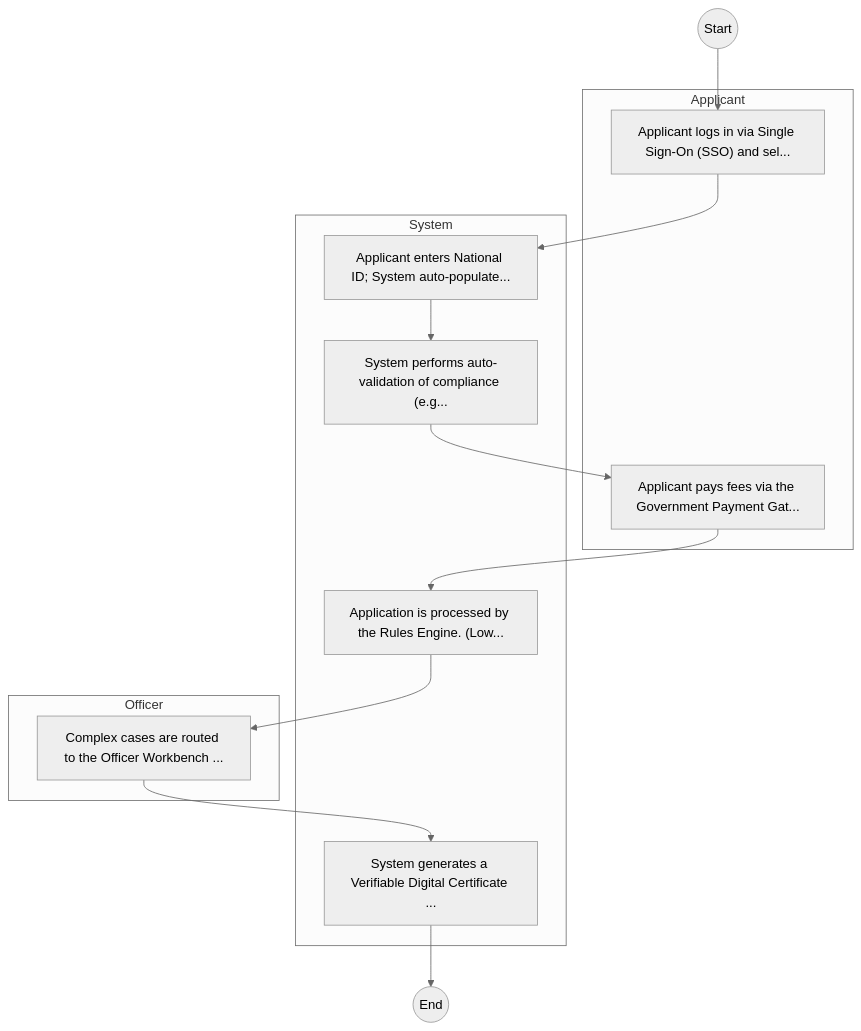
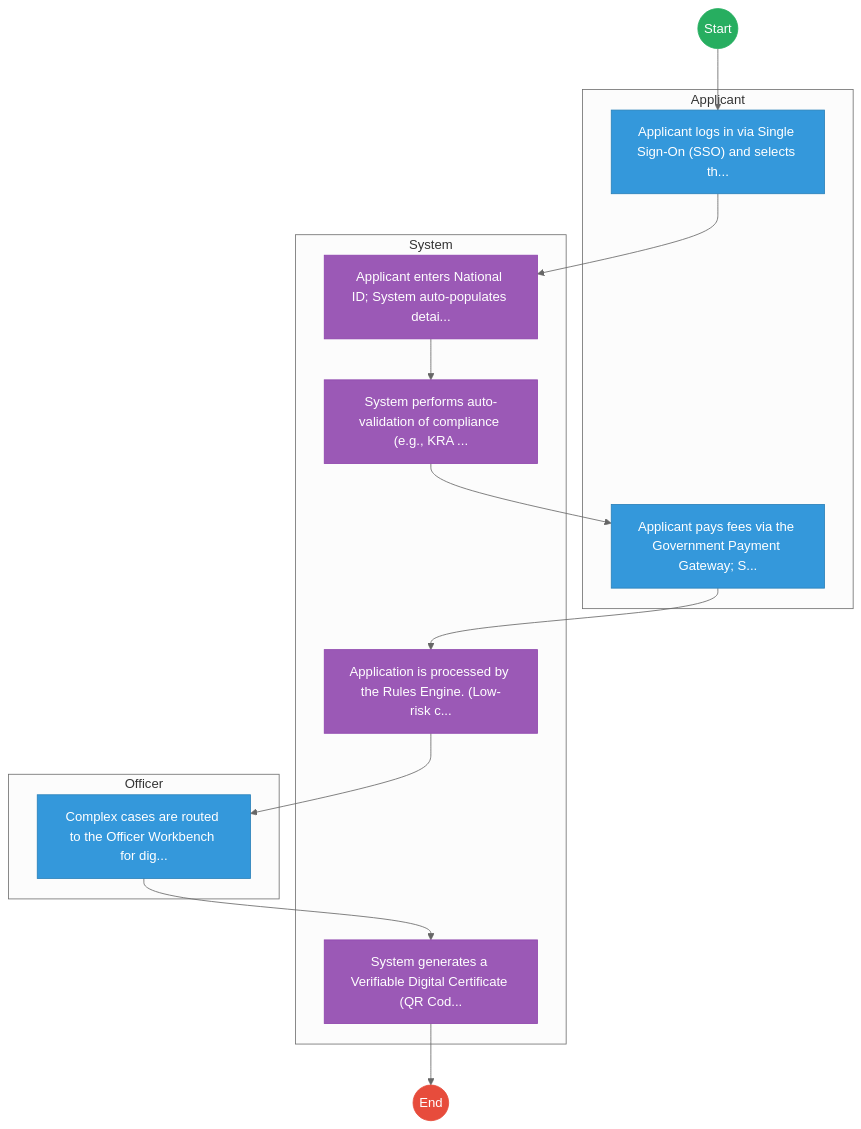
The second of 2 diagrams in mdas/docs_final/Commission_for_University_Education___Service_Delivery.md (BITZ-IT-Consulting-LTD/ictapoc), drawn with Mermaid (neutral theme) before and after one commit. The commit also changed other lines of this file and 461 other files, not shown here.

````diff
--- a/mdas/docs_final/Commission_for_University_Education___Service_Delivery.md
+++ b/mdas/docs_final/Commission_for_University_Education___Service_Delivery.md
@@ -99,24 +110,37 @@
 ```mermaid
 graph TD
     Start((Start)) --> S1
+
     subgraph Applicant [Applicant]
-        S1["Applicant logs in via Single Sign-On (SSO) and sel..."]
-        S4["Applicant pays fees via the Government Payment Gat..."]
+        S1["Applicant logs in via Single Sign-On (SSO) and selects th..."]
+        S4["Applicant pays fees via the Government Payment Gateway; S..."]
     end
+
     subgraph System [System]
-        S2["Applicant enters National ID; System auto-populate..."]
-        S3["System performs auto-validation of compliance (e.g..."]
-        S5["Application is processed by the Rules Engine. (Low..."]
-        S7["System generates a Verifiable Digital Certificate ..."]
+        S2["Applicant enters National ID; System auto-populates detai..."]
+        S3["System performs auto-validation of compliance (e.g., KRA ..."]
+        S5["Application is processed by the Rules Engine. (Low-risk c..."]
+        S7["System generates a Verifiable Digital Certificate (QR Cod..."]
     end
+
     subgraph Officer [Officer]
-        S6["Complex cases are routed to the Officer Workbench ..."]
+        S6["Complex cases are routed to the Officer Workbench for dig..."]
     end
     S1 --> S2
     S2 --> S3
     S3 --> S4
     S4 --> S5
     S5 --> S6
     S6 --> S7
     S7 --> End((End))
+
+    classDef start fill:#27ae60,stroke:#27ae60,color:#fff;
+    classDef endNode fill:#e74c3c,stroke:#e74c3c,color:#fff;
+    classDef userTask fill:#3498db,stroke:#2980b9,color:#fff;
+    classDef serviceTask fill:#9b59b6,stroke:#8e44ad,color:#fff;
+
+    class Start start;
+    class End endNode;
+    class S1,S4,S6 userTask;
+    class S2,S3,S5,S7 serviceTask;
 ```
````
